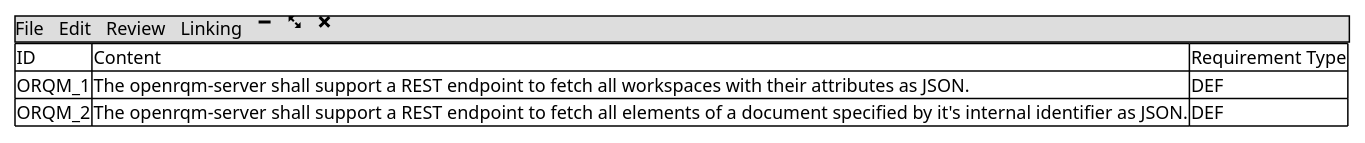
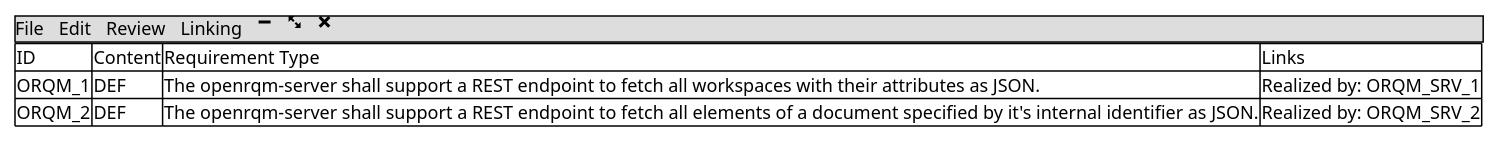
The third of 3 diagrams in doc/WIREFRAME.md (openorg-software/openrqm-client-desktop-nwjs), drawn with PlantUML before and after one commit. The commit also changed 8 other files, not shown here.

````diff
--- a/doc/WIREFRAME.md
+++ b/doc/WIREFRAME.md
@@ -50,15 +50,15 @@
 ```puml
 
 scale max 650 width
 
 @startsalt
 {
 {* File | Edit | Review | Linking | <&minus> | <&fullscreen-enter> | <&x> }
 {#
-ID | Content | Requirement Type
-ORQM_1 | The openrqm-server shall support a REST endpoint to fetch all workspaces with their attributes as JSON. | DEF 
-ORQM_2 | The openrqm-server shall support a REST endpoint to fetch all elements of a document specified by it's internal identifier as JSON. | DEF 
+ID | Content | Requirement Type | Links
+ORQM_1 | DEF  | The openrqm-server shall support a REST endpoint to fetch all workspaces with their attributes as JSON. | Realized by: ORQM_SRV_1
+ORQM_2 | DEF  | The openrqm-server shall support a REST endpoint to fetch all elements of a document specified by it's internal identifier as JSON. | Realized by: ORQM_SRV_2
 }
 }
 @endsalt
 ```
````
